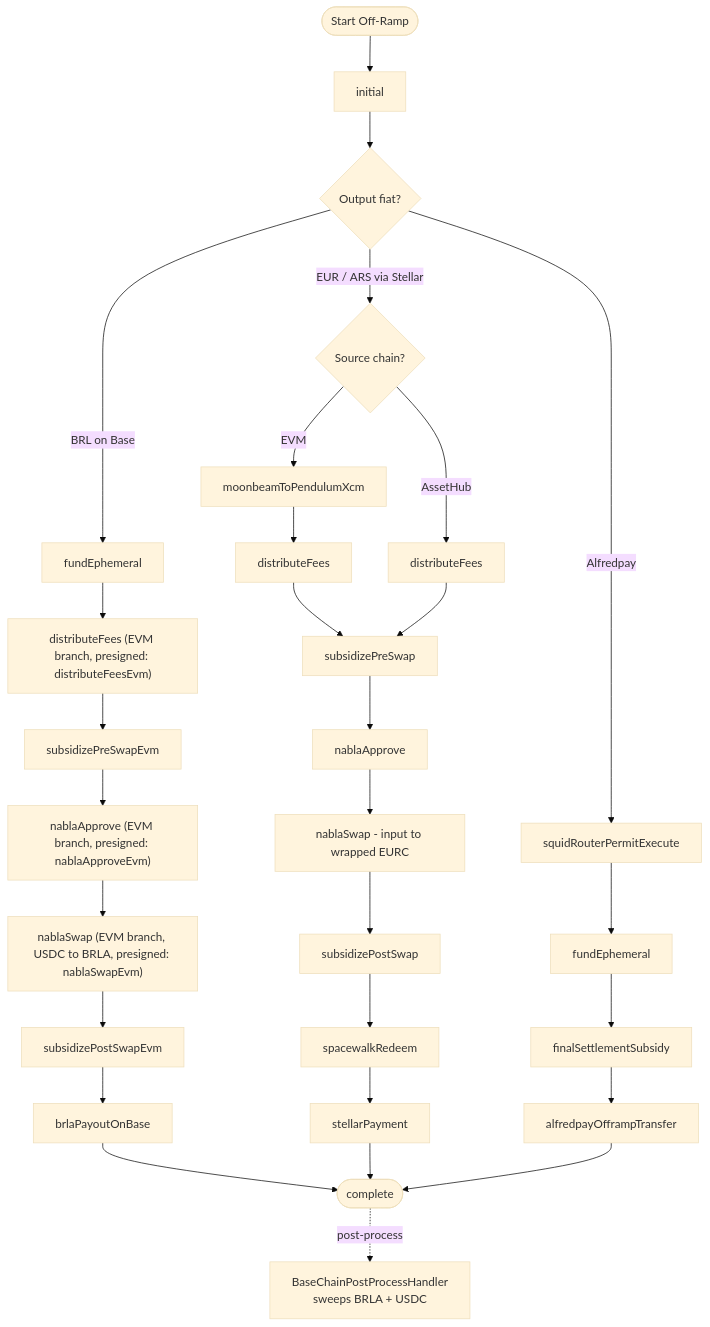
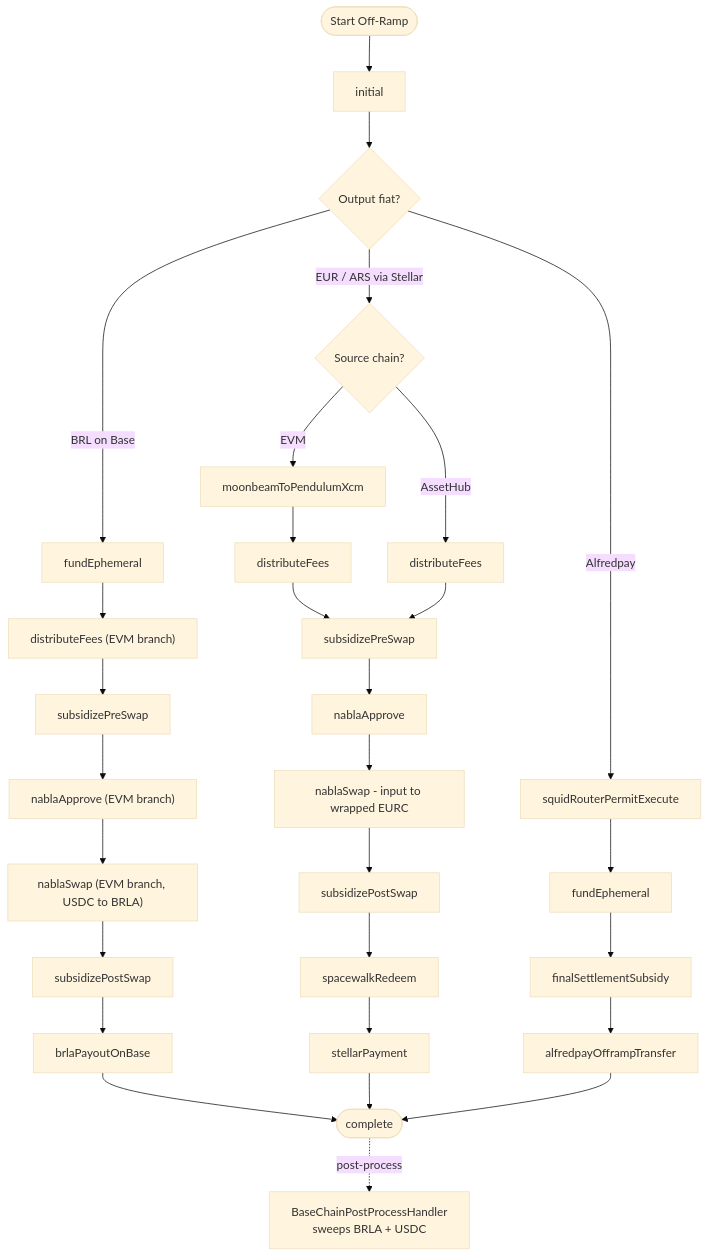
One commit to pendulum-chain/vortex changed the second of 2 diagrams in docs/security-spec/03-ramp-engine/ramp-phase-flows.md. Above: the diagram before and after it, drawn with Mermaid (base theme). The commit also changed other lines of this file and 5 other files, not shown here.

````diff
--- a/docs/security-spec/03-ramp-engine/ramp-phase-flows.md
+++ b/docs/security-spec/03-ramp-engine/ramp-phase-flows.md
@@ -115,40 +115,40 @@
 ```mermaid
 graph TD
     Start([Start Off-Ramp]) --> Init[initial]
     Init --> Corridor{Output fiat?}
 
     %% --- BRL via Avenia/BRLA on Base ---
     %% The user-signed Squid bridge (source EVM -> Base USDC) is submitted client-side
     %% before the backend runtime starts; squidRouterPay is a no-op for SELL.
     %% AssetHub -> BRL is temporarily disabled at quote eligibility.
     Corridor -->|BRL on Base| BrlFund[fundEphemeral]
-    BrlFund --> BrlDistEvm["distributeFees (EVM branch, presigned: distributeFeesEvm)"]
-    BrlDistEvm --> BrlSubPreEvm[subsidizePreSwapEvm]
-    BrlSubPreEvm --> BrlApproveEvm["nablaApprove (EVM branch, presigned: nablaApproveEvm)"]
-    BrlApproveEvm --> BrlSwapEvm["nablaSwap (EVM branch, USDC to BRLA, presigned: nablaSwapEvm)"]
-    BrlSwapEvm --> BrlSubPostEvm[subsidizePostSwapEvm]
+    BrlFund --> BrlDistEvm["distributeFees (EVM branch)"]
+    BrlDistEvm --> BrlSubPreEvm[subsidizePreSwap]
+    BrlSubPreEvm --> BrlApproveEvm["nablaApprove (EVM branch)"]
+    BrlApproveEvm --> BrlSwapEvm["nablaSwap (EVM branch, USDC to BRLA)"]
+    BrlSwapEvm --> BrlSubPostEvm[subsidizePostSwap]
     BrlSubPostEvm --> BrlPayout[brlaPayoutOnBase]
     BrlPayout --> Complete([complete])
     Complete -.post-process.-> BaseCleanup[BaseChainPostProcessHandler<br/>sweeps BRLA + USDC]
 
     %% --- Stellar-anchored fiat (EUR / ARS) ---
     Corridor -->|EUR / ARS via Stellar| StellarStart{Source chain?}
     StellarStart -->|EVM| MoonToPendulum[moonbeamToPendulumXcm]
     StellarStart -->|AssetHub| AhDist[distributeFees]
     MoonToPendulum --> EvmDist[distributeFees]
     EvmDist --> SubPre[subsidizePreSwap]
     AhDist --> SubPre
     SubPre --> NablaApprove[nablaApprove]
     NablaApprove --> NablaSwap[nablaSwap - input to wrapped EURC]
     NablaSwap --> SubPost[subsidizePostSwap]
     SubPost --> Spacewalk[spacewalkRedeem]
     Spacewalk --> StellarPay[stellarPayment]
     StellarPay --> Complete
 
     %% --- Alfredpay ---
     Corridor -->|Alfredpay| AfPermit[squidRouterPermitExecute]
     AfPermit --> AfFund[fundEphemeral]
     AfFund --> AfFinalSubsidy[finalSettlementSubsidy]
     AfFinalSubsidy --> AfTransfer[alfredpayOfframpTransfer]
     AfTransfer --> Complete
 ```
````
